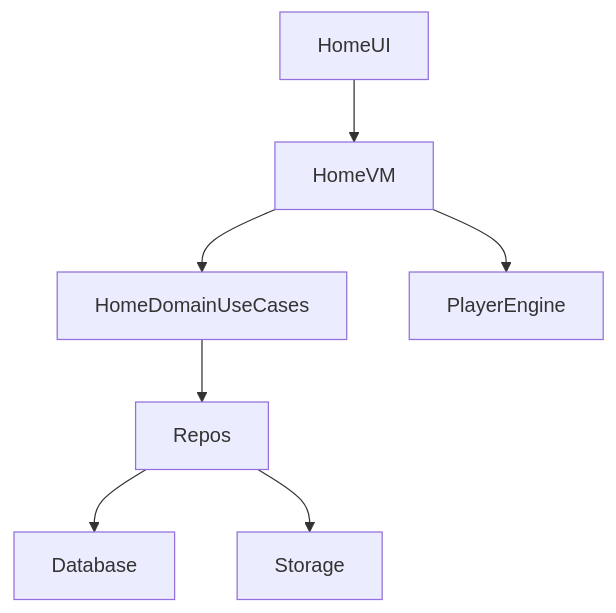
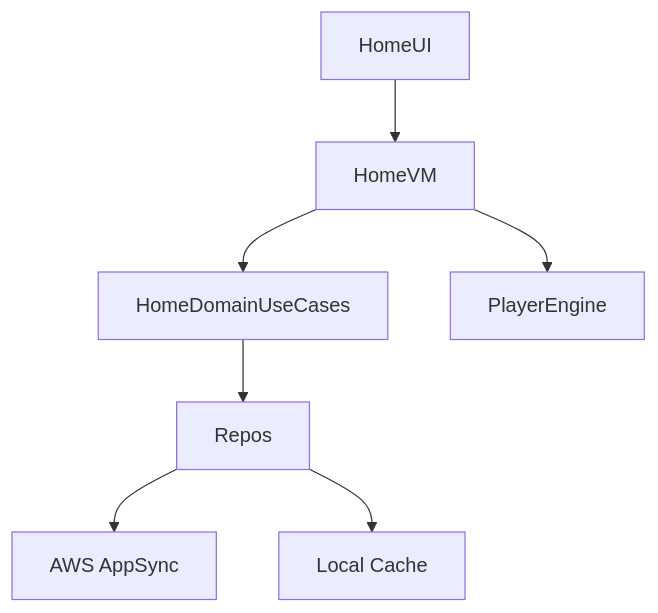
The second of 5 diagrams in docs/ARCHITECTURE.md (harrykibet/RealEstateApp-Android), drawn with Mermaid before and after one commit. The commit also changed other lines of this file and 7 other files, not shown here.

````diff
--- a/docs/ARCHITECTURE.md
+++ b/docs/ARCHITECTURE.md
@@ -41,7 +41,7 @@
 ```mermaid
 flowchart TD
     HomeUI --> HomeVM --> HomeDomainUseCases --> Repos
-    Repos --> Database
-    Repos --> Storage
+    Repos --> AppSync[AWS AppSync]
+    Repos --> Database[Local Cache]
     HomeVM --> PlayerEngine
 ```
````
